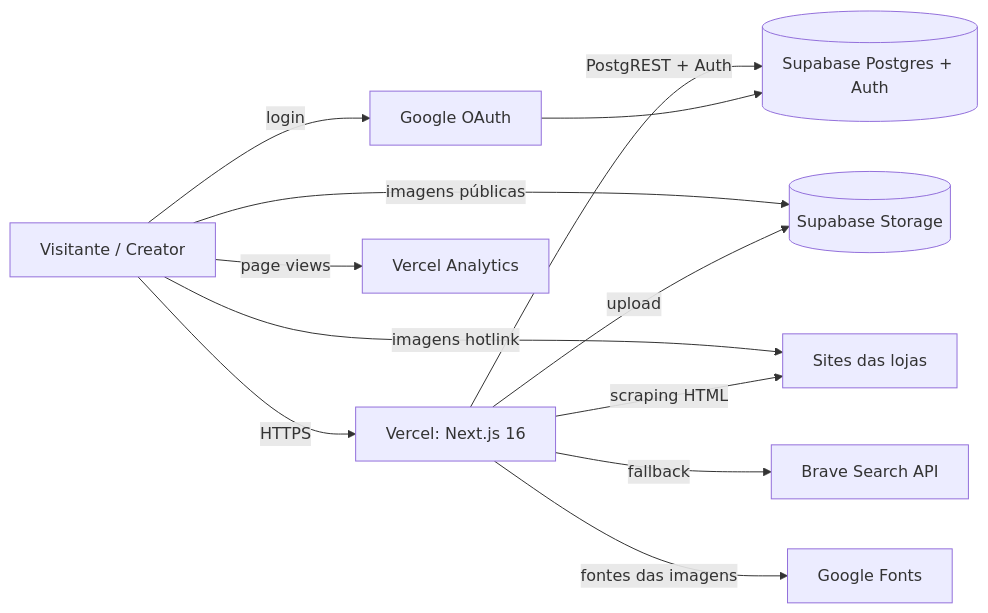
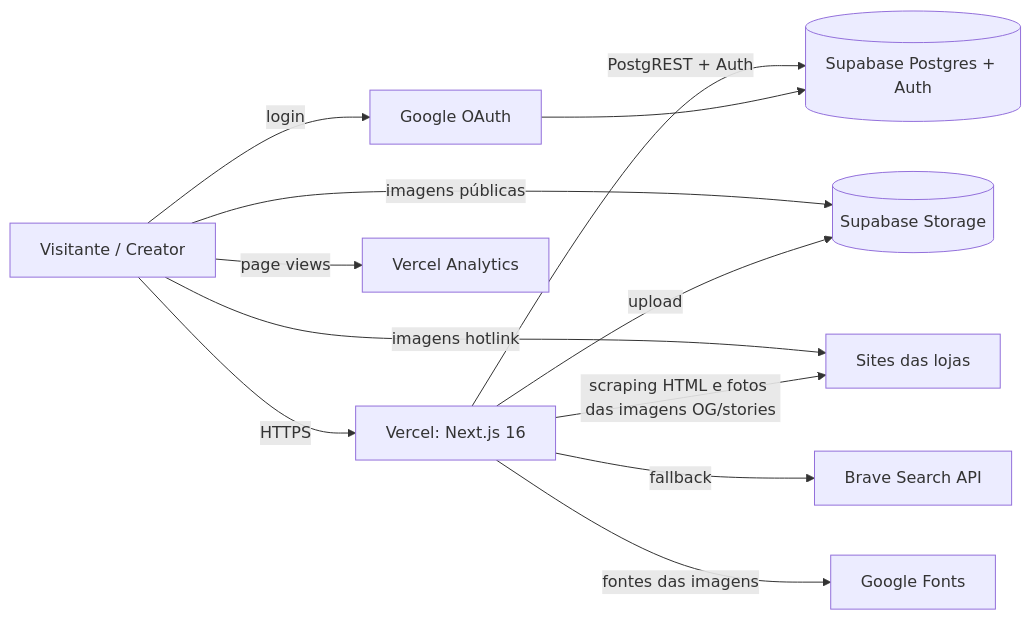
The fifth of 5 diagrams in docs/architecture.md (estevaons/myvitri), drawn with Mermaid before and after one commit. The commit also changed other lines of this file and 12 other files, not shown here.

````diff
--- a/docs/architecture.md
+++ b/docs/architecture.md
@@ -284,14 +283,14 @@
 ```mermaid
 graph LR
     U[Visitante / Creator] -->|HTTPS| V["Vercel: Next.js 16"]
     U -->|imagens públicas| ST[(Supabase Storage)]
     U -->|imagens hotlink| L[Sites das lojas]
     U -->|login| G[Google OAuth]
     U -->|page views| VA[Vercel Analytics]
     V -->|PostgREST + Auth| SB[(Supabase Postgres + Auth)]
     V -->|upload| ST
-    V -->|scraping HTML| L
+    V -->|scraping HTML e fotos das imagens OG/stories| L
     V -->|fallback| BR[Brave Search API]
     V -->|fontes das imagens| GF[Google Fonts]
     G --> SB
 ```
````
